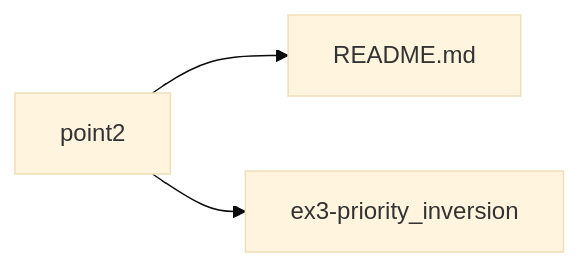
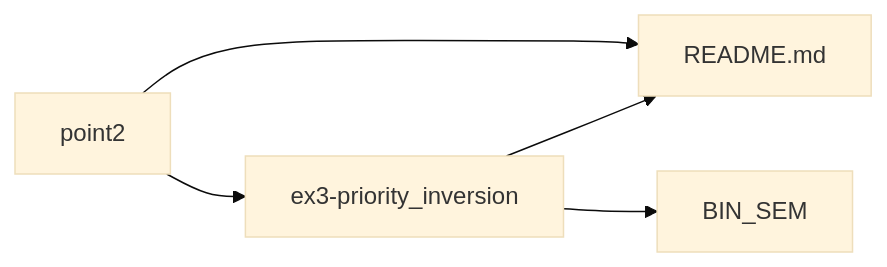
Before and after one commit to smokyisthatyou/STM32Nucleo64: the third of 5 diagrams in README.md, drawn with Mermaid.

````diff
--- a/README.md
+++ b/README.md
@@ -53,10 +53,13 @@
 ```mermaid
 %%{init: {'theme':'base'}}%%
 graph LR;
 point2-->README.md;
 point2-->ex3-priority_inversion;
+ex3-priority_inversion-->BIN_SEM;
+ex3-priority_inversion-->README.md
+
 
 
 click README.md href "https://baltig.polito.it/caos2023/group2/-/blob/point2/README.md" "Link to README.md";
 
 ```
````
